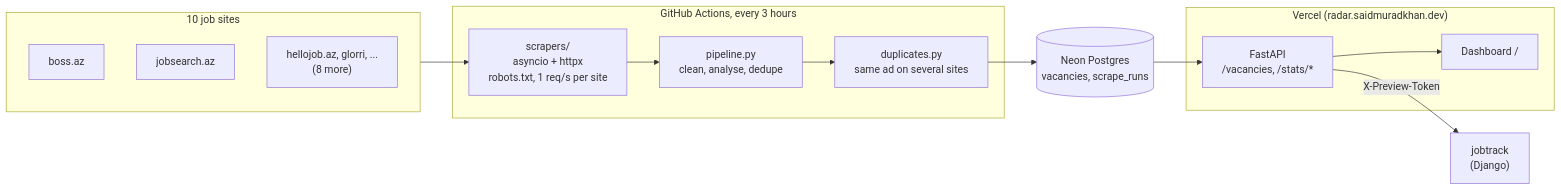
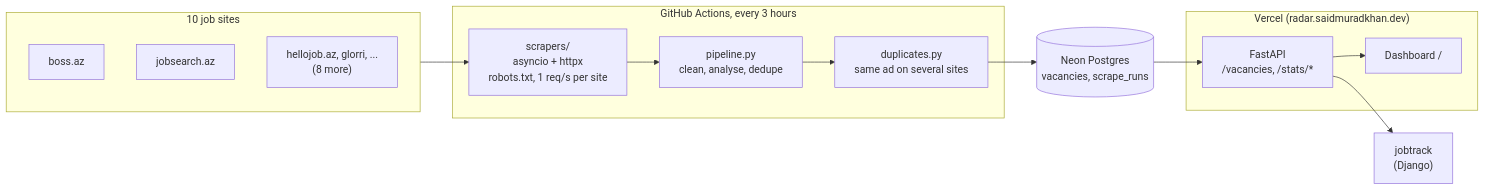
The diagram in README.md (saidmuradkhan/az-job-radar), drawn with Mermaid before and after one commit. The commit also changed other lines of this file and 4 other files, not shown here.

````diff
--- a/README.md
+++ b/README.md
@@ -54,27 +54,27 @@
 ```mermaid
 flowchart LR
     subgraph sites["10 job sites"]
         boss["boss.az"]
         js["jobsearch.az"]
         more["hellojob.az, glorri, ...<br/>(8 more)"]
     end
 
     subgraph cron["GitHub Actions, every 3 hours"]
         scrapers["scrapers/<br/>asyncio + httpx<br/>robots.txt, 1 req/s per site"]
         pipeline["pipeline.py<br/>clean, analyse, dedupe"]
         dupes["duplicates.py<br/>same ad on several sites"]
     end
 
     db[("Neon Postgres<br/>vacancies, scrape_runs")]
 
     subgraph vercel["Vercel (radar.saidmuradkhan.dev)"]
         api["FastAPI<br/>/vacancies, /stats/*"]
         dash["Dashboard /"]
     end
 
     jobtrack["jobtrack<br/>(Django)"]
 
     sites --> scrapers --> pipeline --> dupes --> db
     db --> api --> dash
-    api -- "X-Preview-Token" --> jobtrack
+    api --> jobtrack
 ```
````
